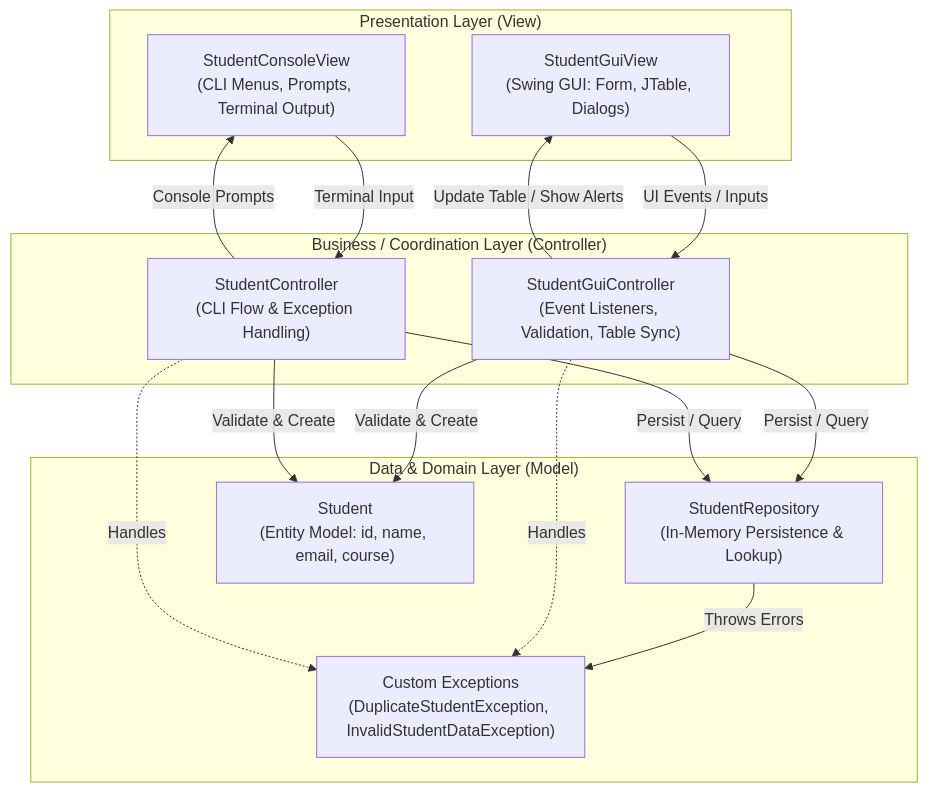
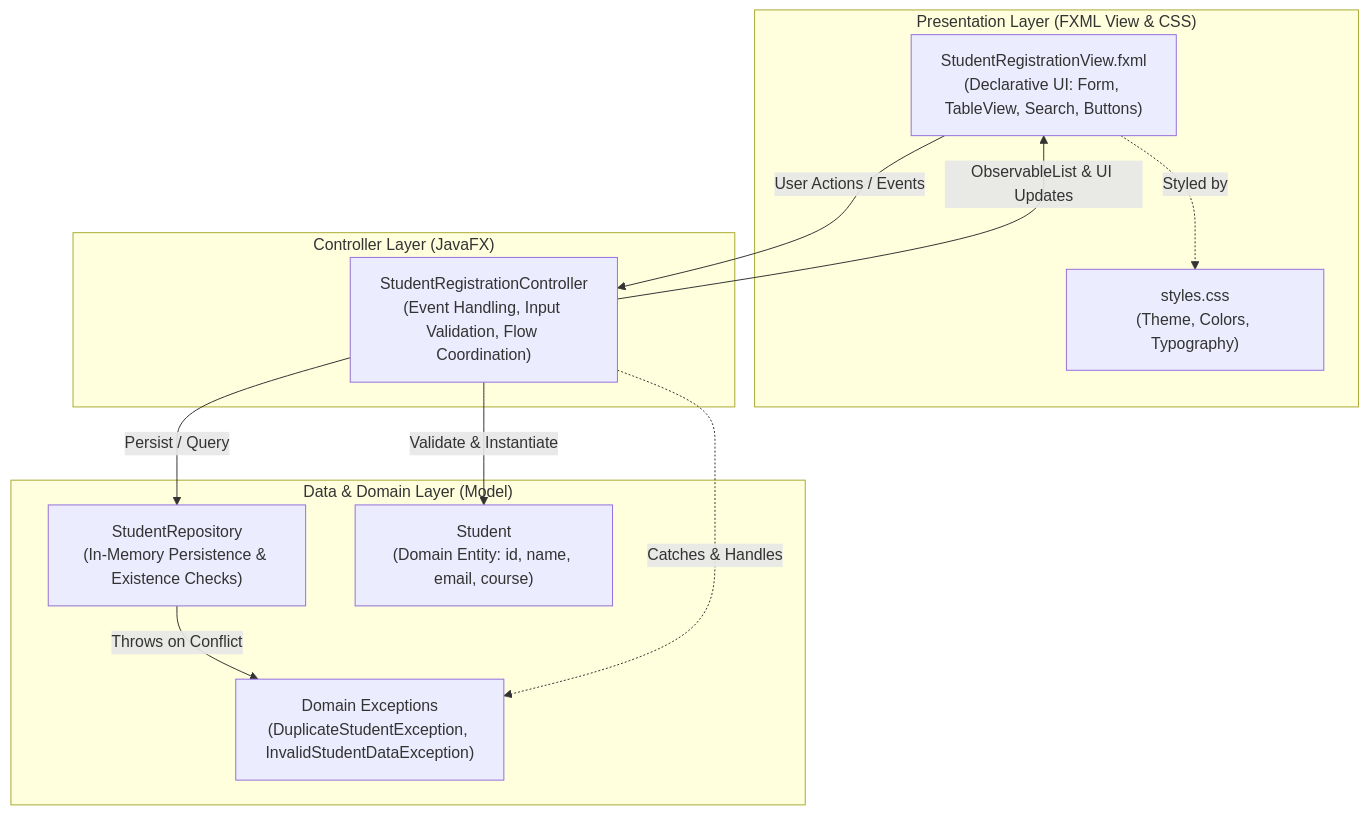
One commit to Archi-xima/SimpleJavaFXApp changed the first of 2 diagrams in README.md. Above: the diagram before and after it, drawn with Mermaid. The commit also changed other lines of this file and 15 other files, not shown here.

Commit message:
Migrate to JavaFX and FXML following MVC for ICT161 (Mr. Nyirenda) - Achizima Marvelous Mpashi (202511543)

````diff
--- a/README.md
+++ b/README.md
@@ -44,32 +56,26 @@
 ```mermaid
 graph TD
-    subgraph Presentation_Layer ["Presentation Layer (View)"]
-        GUI["StudentGuiView<br/>(Swing GUI: Form, JTable, Dialogs)"]
-        CLI["StudentConsoleView<br/>(CLI Menus, Prompts, Terminal Output)"]
+    subgraph View_Layer ["Presentation Layer (FXML View & CSS)"]
+        FXML["StudentRegistrationView.fxml<br/>(Declarative UI: Form, TableView, Search, Buttons)"]
+        CSS["styles.css<br/>(Theme, Colors, Typography)"]
     end
 
-    subgraph Controller_Layer ["Business / Coordination Layer (Controller)"]
-        GCTRL["StudentGuiController<br/>(Event Listeners, Validation, Table Sync)"]
-        CCTRL["StudentController<br/>(CLI Flow & Exception Handling)"]
+    subgraph Controller_Layer ["Controller Layer (JavaFX)"]
+        CTRL["StudentRegistrationController<br/>(Event Handling, Input Validation, Flow Coordination)"]
     end
 
     subgraph Model_Layer ["Data & Domain Layer (Model)"]
-        REPO["StudentRepository<br/>(In-Memory Persistence & Lookup)"]
-        ENTITY["Student<br/>(Entity Model: id, name, email, course)"]
-        EXCEPTIONS["Custom Exceptions<br/>(DuplicateStudentException, InvalidStudentDataException)"]
+        REPO["StudentRepository<br/>(In-Memory Persistence & Existence Checks)"]
+        ENTITY["Student<br/>(Domain Entity: id, name, email, course)"]
+        EXCEPTIONS["Domain Exceptions<br/>(DuplicateStudentException, InvalidStudentDataException)"]
     end
 
-    GUI -->|"UI Events / Inputs"| GCTRL
-    GCTRL -->|"Update Table / Show Alerts"| GUI
-    CLI -->|"Terminal Input"| CCTRL
-    CCTRL -->|"Console Prompts"| CLI
+    FXML -->|"User Actions / Events"| CTRL
+    CTRL -->|"ObservableList & UI Updates"| FXML
+    FXML -.->|"Styled by"| CSS
 
-    GCTRL -->|"Validate & Create"| ENTITY
-    GCTRL -->|"Persist / Query"| REPO
-    CCTRL -->|"Validate & Create"| ENTITY
-    CCTRL -->|"Persist / Query"| REPO
-
-    REPO -->|"Throws Errors"| EXCEPTIONS
-    GCTRL -.->|"Handles"| EXCEPTIONS
-    CCTRL -.->|"Handles"| EXCEPTIONS
+    CTRL -->|"Validate & Instantiate"| ENTITY
+    CTRL -->|"Persist / Query"| REPO
+    REPO -->|"Throws on Conflict"| EXCEPTIONS
+    CTRL -.->|"Catches & Handles"| EXCEPTIONS
 ```
````
